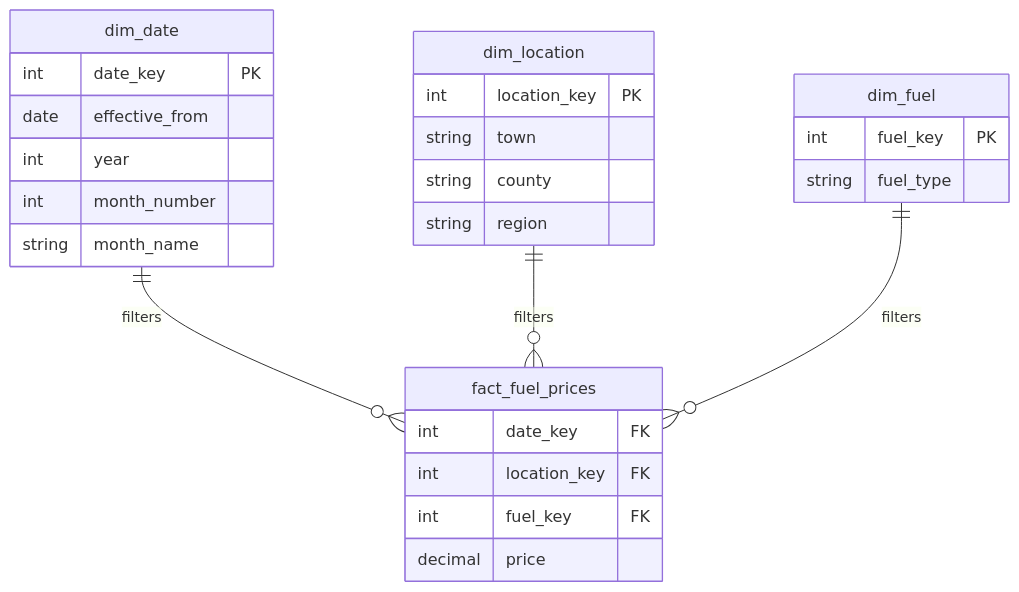
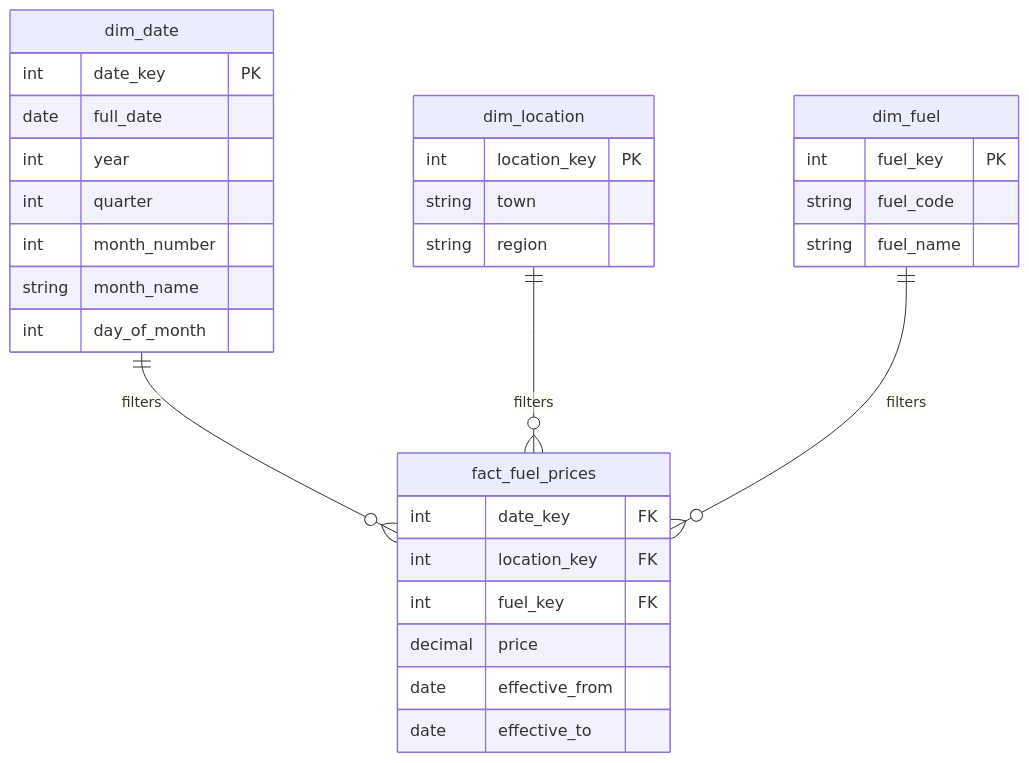
One commit to shawnmacharia/epra-fuel-data-pipeline changed the second of 2 diagrams in README.md. Above: the diagram before and after it, drawn with Mermaid. The commit also changed other lines of this file, not shown here.

````diff
--- a/README.md
+++ b/README.md
@@ -78,30 +95,34 @@
 ```mermaid
 erDiagram
     dim_date ||--o{ fact_fuel_prices : filters
     dim_location ||--o{ fact_fuel_prices : filters
     dim_fuel ||--o{ fact_fuel_prices : filters
 
     dim_date {
         int date_key PK
-        date effective_from
+        date full_date
         int year
+        int quarter
         int month_number
         string month_name
+        int day_of_month
     }
     dim_location {
         int location_key PK
         string town
-        string county
         string region
     }
     dim_fuel {
         int fuel_key PK
-        string fuel_type
+        string fuel_code
+        string fuel_name
     }
     fact_fuel_prices {
         int date_key FK
         int location_key FK
         int fuel_key FK
         decimal price
+        date effective_from
+        date effective_to
     }
 ```
````
